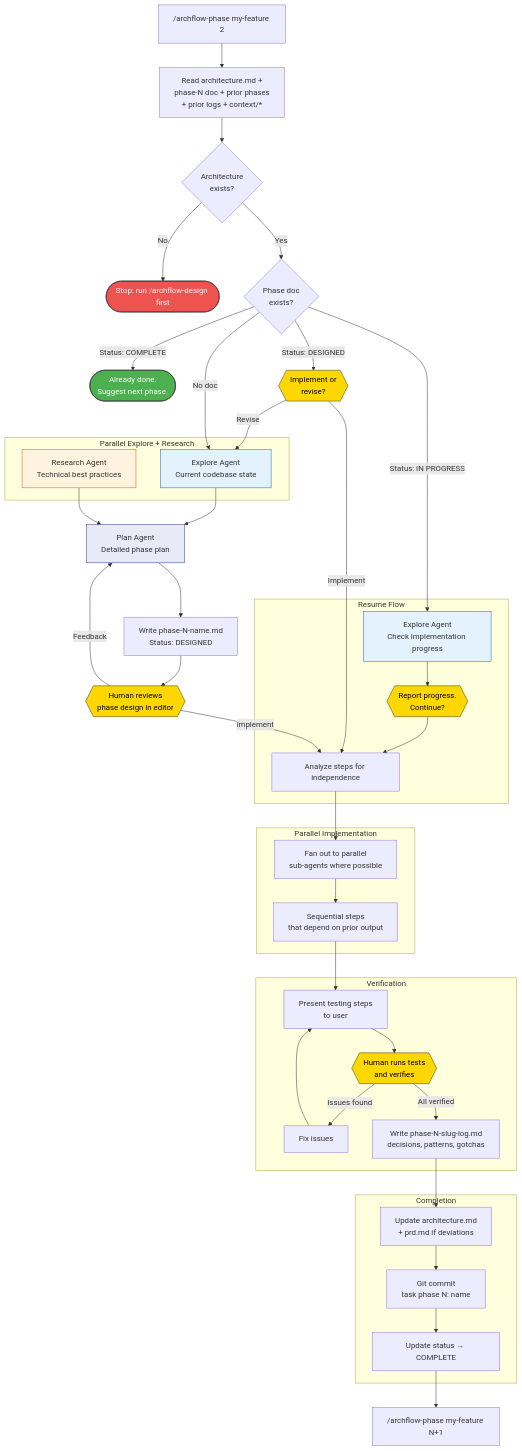
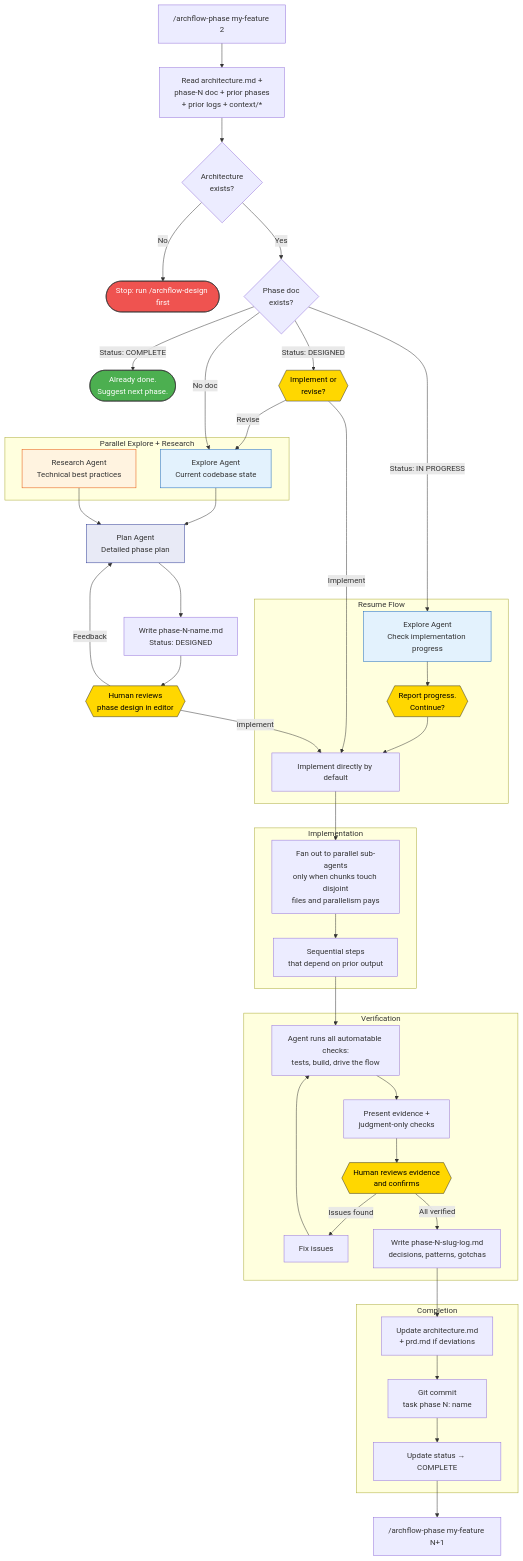
One commit to Aroton/ArchflowV2 changed the seventh of 12 diagrams in docs/archflow-process.md. Above: the diagram before and after it, drawn with Mermaid. The commit also changed other lines of this file and 7 other files, not shown here.

````diff
--- a/docs/archflow-process.md
+++ b/docs/archflow-process.md
@@ -237,67 +238,68 @@
 ```mermaid
 flowchart TD
     PH0["/archflow-phase my-feature 2"] --> PH_read[Read architecture.md +<br/>phase-N doc + prior phases<br/>+ prior logs + context/*]
     PH_read --> PH_check{Architecture<br/>exists?}
     PH_check -->|No| PH_stop([Stop: run /archflow-design first])
     PH_check -->|Yes| PH1{Phase doc<br/>exists?}
 
     PH1 -->|"Status: COMPLETE"| PH_done([Already done.<br/>Suggest next phase.])
     PH1 -->|"Status: IN PROGRESS"| PH_resume
 
     subgraph "Resume Flow"
         PH_resume[Explore Agent<br/>Check implementation progress] --> PH_report{{Report progress.<br/>Continue?}}
         PH_report --> PH_impl
     end
 
     PH1 -->|"Status: DESIGNED"| PH_ask{{Implement or<br/>revise?}}
     PH_ask -->|Revise| PH2
     PH_ask -->|Implement| PH_impl
 
     PH1 -->|No doc| PH2
 
     subgraph "Parallel Explore + Research"
         PH2[Explore Agent<br/>Current codebase state]
         PH3[Research Agent<br/>Technical best practices]
     end
 
     PH2 --> PH4
     PH3 --> PH4
 
     PH4[Plan Agent<br/>Detailed phase plan] --> PH5[Write phase-N-name.md<br/>Status: DESIGNED]
 
     PH5 --> PH6{{Human reviews<br/>phase design in editor}}
     PH6 -->|Feedback| PH4
     PH6 -->|"implement"| PH_impl
 
-    subgraph "Parallel Implementation"
-        PH_impl[Analyze steps for independence] --> PH_parallel[Fan out to parallel<br/>sub-agents where possible]
+    subgraph "Implementation"
+        PH_impl[Implement directly by default] --> PH_parallel[Fan out to parallel sub-agents<br/>only when chunks touch disjoint<br/>files and parallelism pays]
         PH_parallel --> PH_sequential[Sequential steps<br/>that depend on prior output]
     end
 
     PH_sequential --> PH_verify
 
     subgraph "Verification"
-        PH_verify[Present testing steps<br/>to user] --> PH_human_test{{Human runs tests<br/>and verifies}}
+        PH_verify[Agent runs all automatable checks:<br/>tests, build, drive the flow] --> PH_evidence[Present evidence +<br/>judgment-only checks]
+        PH_evidence --> PH_human_test{{Human reviews evidence<br/>and confirms}}
         PH_human_test -->|Issues found| PH_fix[Fix issues] --> PH_verify
         PH_human_test -->|All verified| PH_log
     end
 
     subgraph "Completion"
         PH_log[Write phase-N-slug-log.md<br/>decisions, patterns, gotchas] --> PH_parent[Update architecture.md<br/>+ prd.md if deviations]
         PH_parent --> PH_commit[Git commit<br/>task phase N: name]
         PH_commit --> PH_update[Update status → COMPLETE]
     end
 
     PH_update --> PH_next["/archflow-phase my-feature N+1"]
 
     style PH2 fill:#e3f2fd,stroke:#1565c0
     style PH3 fill:#fff3e0,stroke:#e65100
     style PH4 fill:#e8eaf6,stroke:#283593
     style PH_resume fill:#e3f2fd,stroke:#1565c0
     style PH6 fill:#ffd700,stroke:#333,color:#000
     style PH_ask fill:#ffd700,stroke:#333,color:#000
     style PH_report fill:#ffd700,stroke:#333,color:#000
     style PH_human_test fill:#ffd700,stroke:#333,color:#000
     style PH_stop fill:#ef5350,stroke:#333,color:#fff
     style PH_done fill:#4CAF50,stroke:#333,color:#fff
 ```
````
